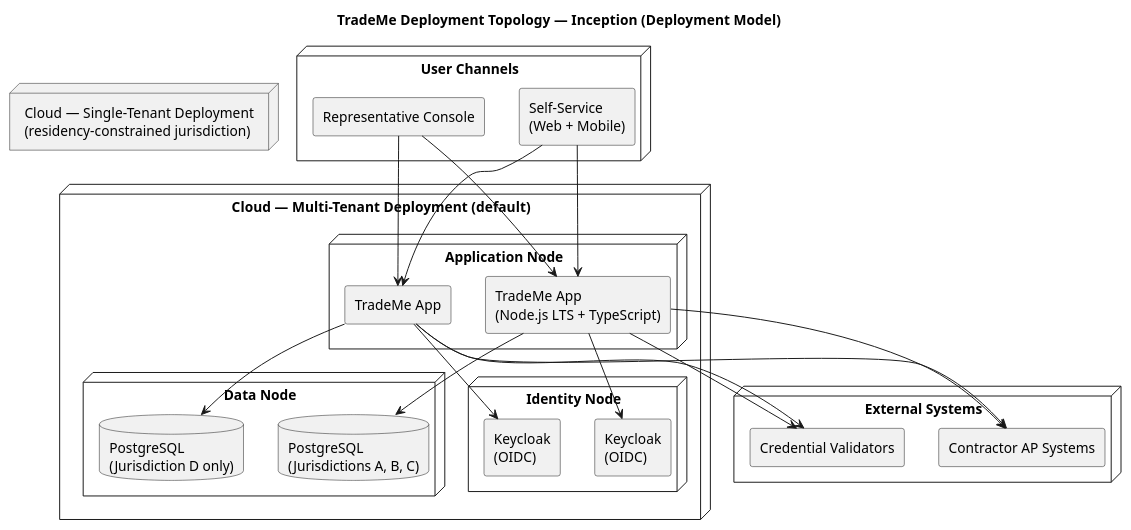
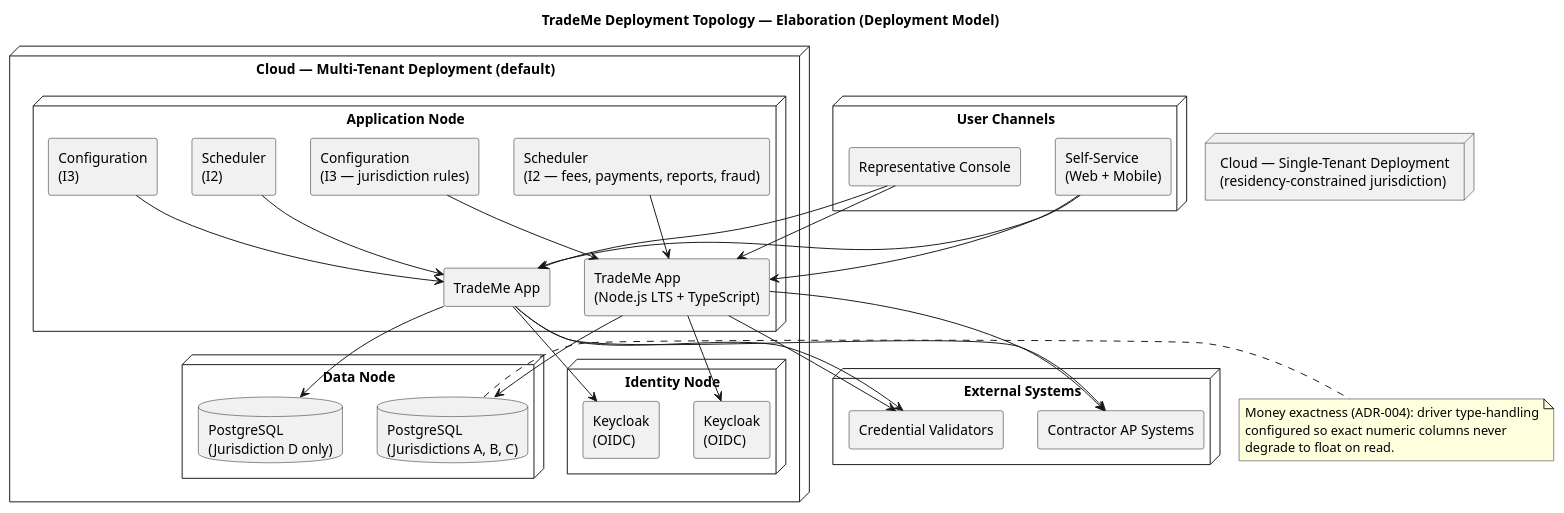
One commit to banense-test/trademe changed the first of 3 diagrams in docs/artifacts/analysis---design/deployment-model.md. Above: the diagram before and after it, drawn with PlantUML. The commit also changed other lines of this file, not shown here.

First line of the commit message:
Deployment Manager [E1]: upsert Deployment Model

````diff
--- a/docs/artifacts/analysis---design/deployment-model.md
+++ b/docs/artifacts/analysis---design/deployment-model.md
@@ -19,53 +21,67 @@
 ```plantuml
 @startuml
 skinparam componentStyle rectangle
-title TradeMe Deployment Topology — Inception (Deployment Model)
+title TradeMe Deployment Topology — Elaboration (Deployment Model)
 
 node "Cloud — Multi-Tenant Deployment (default)" as MT {
   node "Application Node" {
     component "TradeMe App\n(Node.js LTS + TypeScript)" as APP_MT
+    component "Scheduler\n(I2 — fees, payments, reports, fraud)" as SCH_MT
+    component "Configuration\n(I3 — jurisdiction rules)" as CFG_MT
   }
   node "Data Node" {
     database "PostgreSQL\n(Jurisdictions A, B, C)" as DB_MT
   }
   node "Identity Node" {
     component "Keycloak\n(OIDC)" as KC_MT
   }
   APP_MT --> DB_MT
   APP_MT --> KC_MT
+  SCH_MT --> APP_MT
+  CFG_MT --> APP_MT
 }
 
 node "Cloud — Single-Tenant Deployment\n(residency-constrained jurisdiction)" as ST {
   node "Application Node" {
     component "TradeMe App" as APP_ST
+    component "Scheduler\n(I2)" as SCH_ST
+    component "Configuration\n(I3)" as CFG_ST
   }
   node "Data Node" {
     database "PostgreSQL\n(Jurisdiction D only)" as DB_ST
   }
   node "Identity Node" {
     component "Keycloak\n(OIDC)" as KC_ST
   }
   APP_ST --> DB_ST
   APP_ST --> KC_ST
+  SCH_ST --> APP_ST
+  CFG_ST --> APP_ST
 }
 
 node "External Systems" as EXT {
   component "Contractor AP Systems" as AP
   component "Credential Validators" as VAL
 }
 
 node "User Channels" as CH {
   component "Self-Service\n(Web + Mobile)" as SS
   component "Representative Console" as REP
 }
 
 SS --> APP_MT
 REP --> APP_MT
 SS --> APP_ST
 REP --> APP_ST
 APP_MT --> AP
 APP_MT --> VAL
 APP_ST --> AP
 APP_ST --> VAL
+
+note right of DB_MT
+  Money exactness (ADR-004): driver type-handling
+  configured so exact numeric columns never
+  degrade to float on read.
+end note
 @enduml
 ```
````
